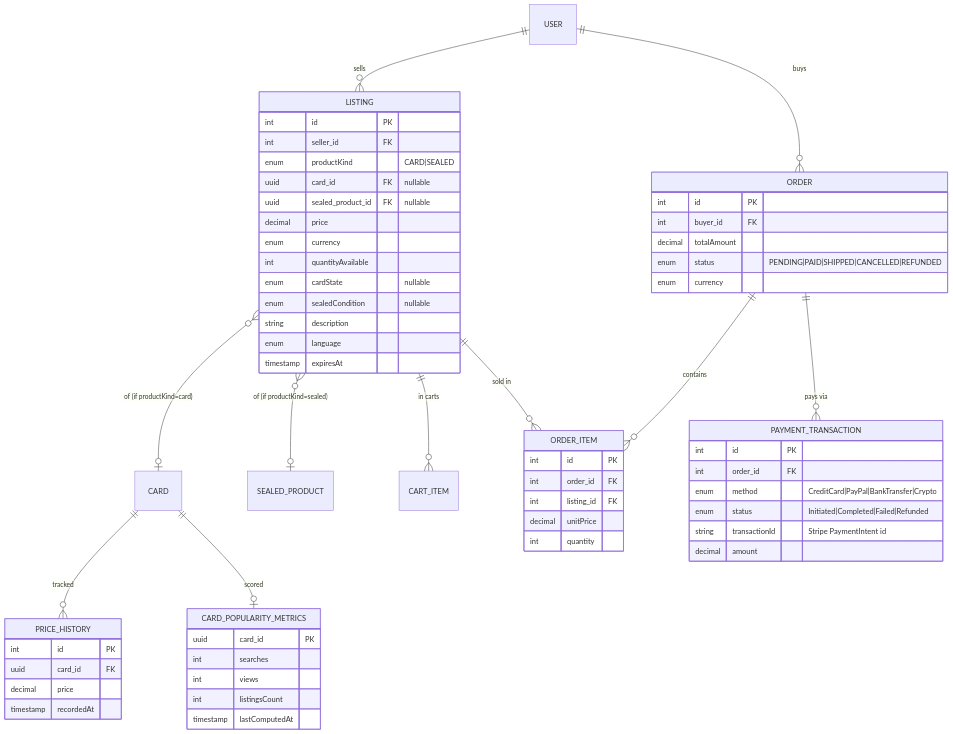
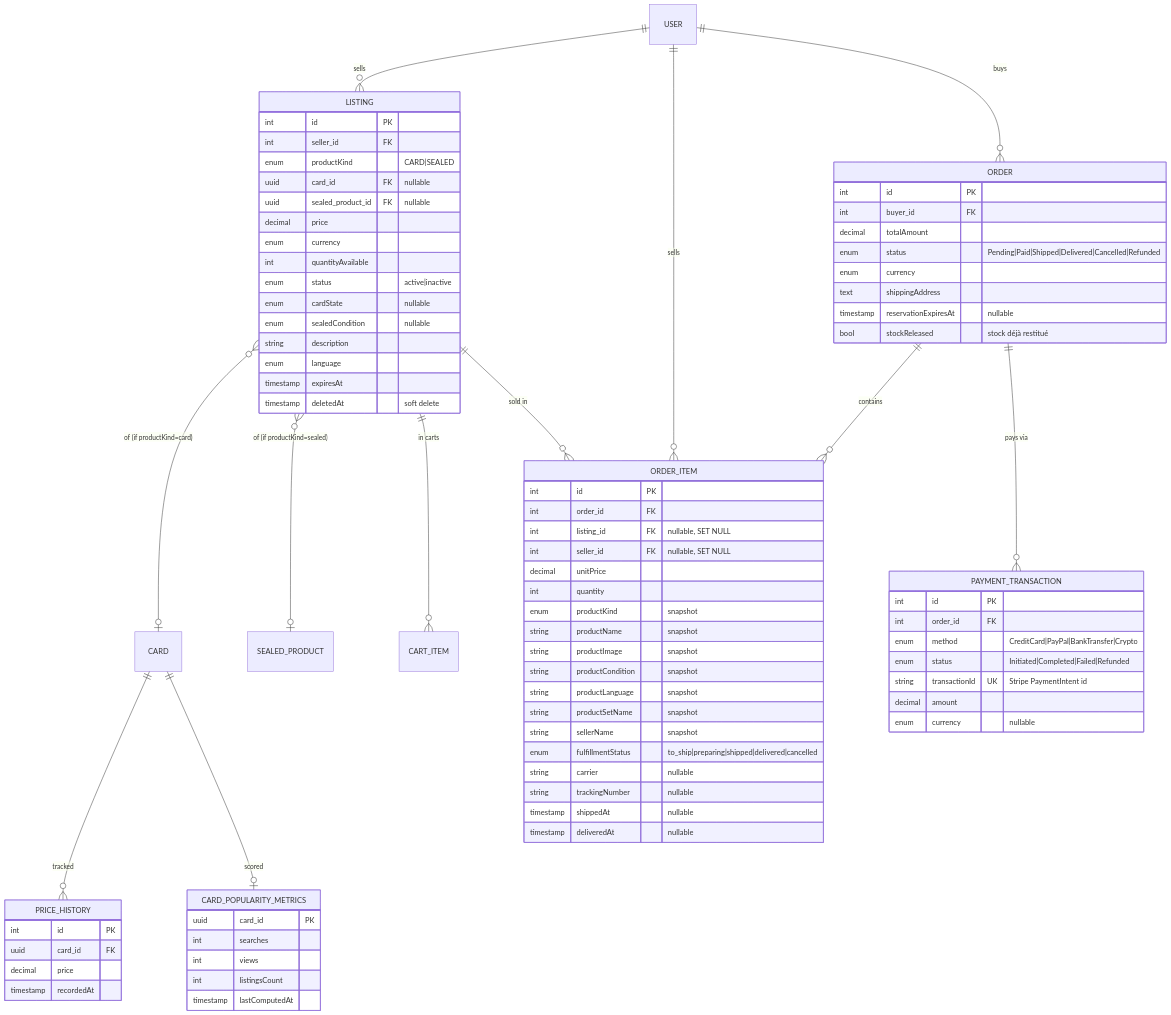
One commit to raphplt/tcg-nexus changed the third of 6 diagrams in doc/database-schema.md. Above: the diagram before and after it, drawn with Mermaid. The commit also changed other lines of this file and 15 other files, not shown here.

```diff
--- a/doc/database-schema.md
+++ b/doc/database-schema.md
@@ -138,6 +138,7 @@
   LISTING ||--o{ ORDER_ITEM : "sold in"
 
   USER ||--o{ ORDER : "buys"
+  USER ||--o{ ORDER_ITEM : "sells"
   ORDER ||--o{ ORDER_ITEM : "contains"
   ORDER ||--o{ PAYMENT_TRANSACTION : "pays via"
 
@@ -153,27 +154,45 @@
     decimal price
     enum currency
     int quantityAvailable
+    enum status "active|inactive"
     enum cardState "nullable"
     enum sealedCondition "nullable"
     string description
     enum language
     timestamp expiresAt
+    timestamp deletedAt "soft delete"
   }
 
   ORDER {
     int id PK
     int buyer_id FK
     decimal totalAmount
-    enum status "PENDING|PAID|SHIPPED|CANCELLED|REFUNDED"
+    enum status "Pending|Paid|Shipped|Delivered|Cancelled|Refunded"
     enum currency
+    text shippingAddress
+    timestamp reservationExpiresAt "nullable"
+    bool stockReleased "stock déjà restitué"
   }
 
   ORDER_ITEM {
     int id PK
     int order_id FK
-    int listing_id FK
+    int listing_id FK "nullable, SET NULL"
+    int seller_id FK "nullable, SET NULL"
     decimal unitPrice
     int quantity
+    enum productKind "snapshot"
+    string productName "snapshot"
+    string productImage "snapshot"
+    string productCondition "snapshot"
+    string productLanguage "snapshot"
+    string productSetName "snapshot"
+    string sellerName "snapshot"
+    enum fulfillmentStatus "to_ship|preparing|shipped|delivered|cancelled"
+    string carrier "nullable"
+    string trackingNumber "nullable"
+    timestamp shippedAt "nullable"
+    timestamp deliveredAt "nullable"
   }
 
   PAYMENT_TRANSACTION {
@@ -181,8 +200,9 @@
     int order_id FK
     enum method "CreditCard|PayPal|BankTransfer|Crypto"
     enum status "Initiated|Completed|Failed|Refunded"
-    string transactionId "Stripe PaymentIntent id"
+    string transactionId UK "Stripe PaymentIntent id"
     decimal amount
+    enum currency "nullable"
   }
 
   PRICE_HISTORY {
```
